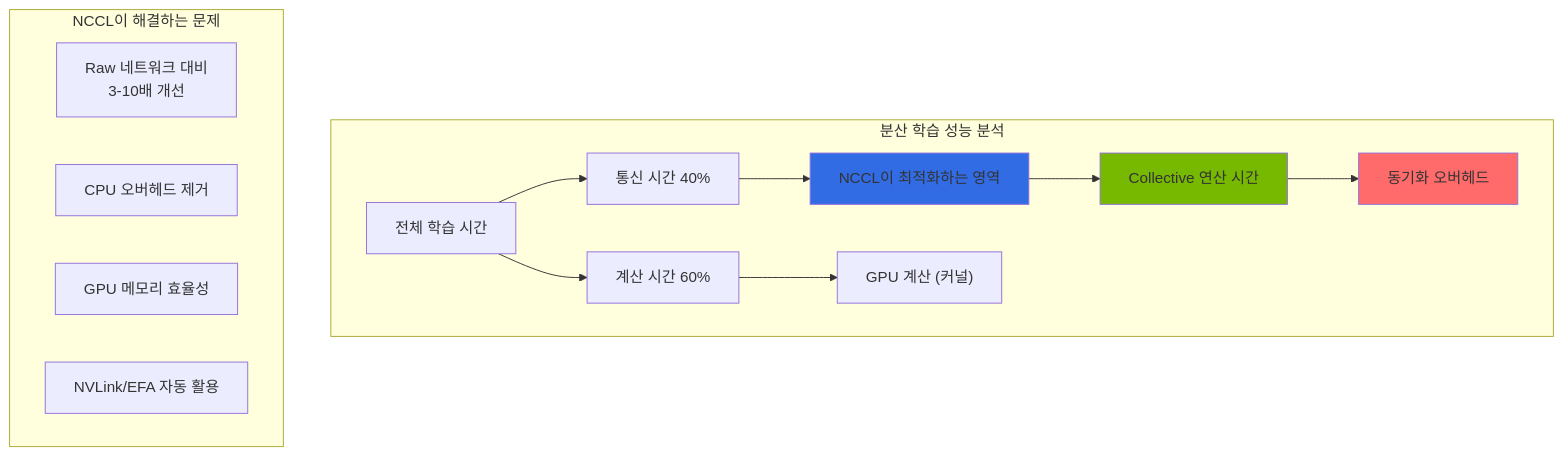
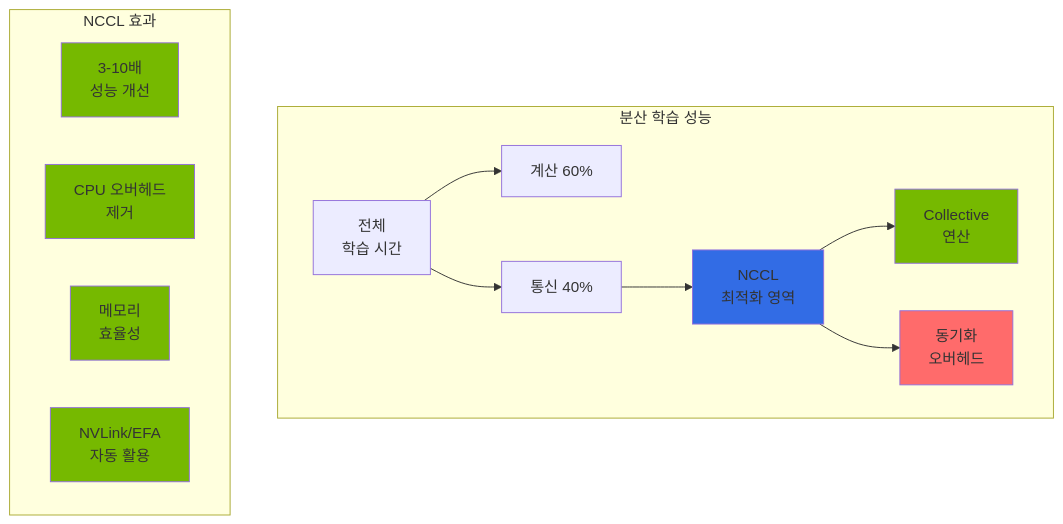
Before and after one commit to devfloor9/engineering-playbook: the fourth of 5 diagrams in docs/agentic-ai-platform/model-serving/nemo-framework.md, drawn with Mermaid. The commit also changed other lines of this file and 24 other files, not shown here.

````diff
--- a/docs/agentic-ai-platform/model-serving/nemo-framework.md
+++ b/docs/agentic-ai-platform/model-serving/nemo-framework.md
@@ -655,24 +644,31 @@
 ```mermaid
-graph TB
-    subgraph "분산 학습 성능 분석"
-        A["전체 학습 시간"] --> B["계산 시간 60%"]
-        A --> C["통신 시간 40%"]
+flowchart TB
+    subgraph Perf["분산 학습 성능"]
+        A[전체<br/>학습 시간]
+        B[계산 60%]
+        C[통신 40%]
 
-        C --> D["NCCL이 최적화하는 영역"]
-        D --> E["Collective 연산 시간"]
-        E --> F["동기화 오버헤드"]
+        A --> B
+        A --> C
 
-        B --> G["GPU 계산 (커널)"]
+        C --> D[NCCL<br/>최적화 영역]
+        D --> E[Collective<br/>연산]
+        D --> F[동기화<br/>오버헤드]
 
         style D fill:#326ce5
         style E fill:#76b900
         style F fill:#ff6b6b
     end
 
-    subgraph "NCCL이 해결하는 문제"
-        H["Raw 네트워크 대비<br/>3-10배 개선"]
-        I["CPU 오버헤드 제거"]
-        J["GPU 메모리 효율성"]
-        K["NVLink/EFA 자동 활용"]
+    subgraph Benefits["NCCL 효과"]
+        H[3-10배<br/>성능 개선]
+        I[CPU 오버헤드<br/>제거]
+        J[메모리<br/>효율성]
+        K[NVLink/EFA<br/>자동 활용]
+
+        style H fill:#76b900
+        style I fill:#76b900
+        style J fill:#76b900
+        style K fill:#76b900
     end
 ```
````
